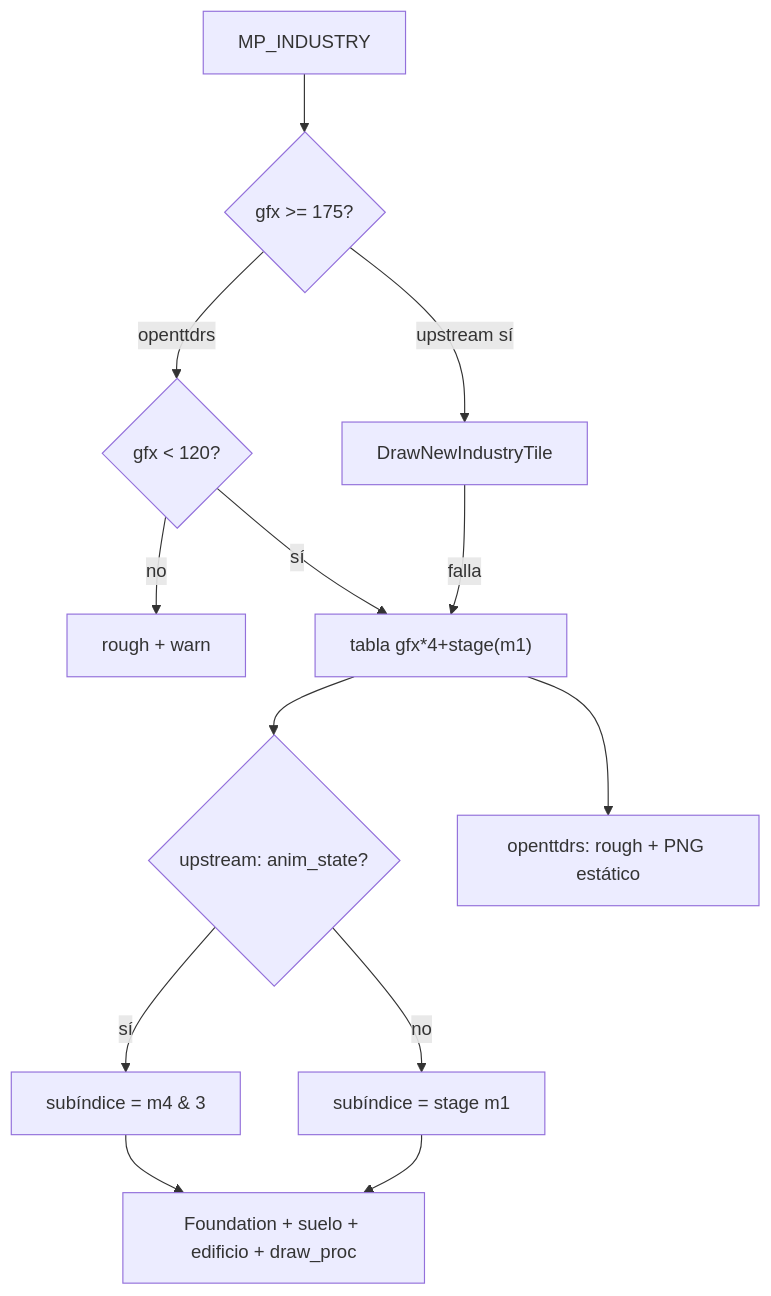
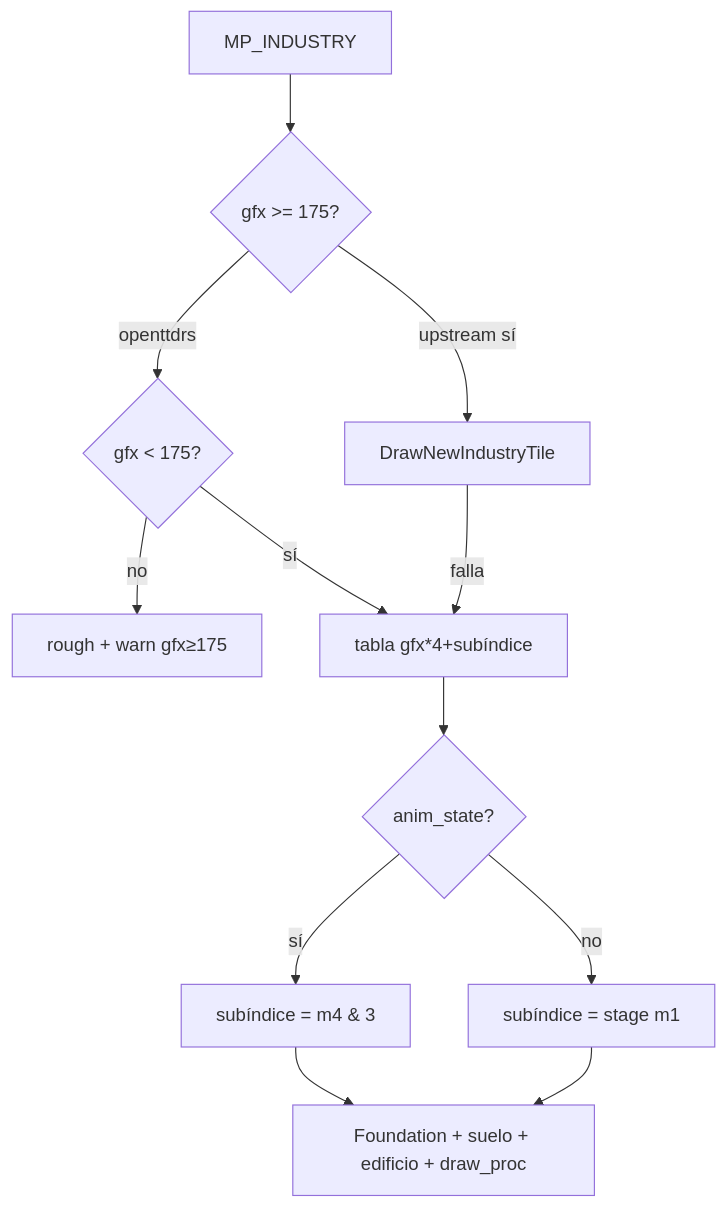
The diagram in docs/ROADMAP_INDUSTRIAS_PARIDAD.md (cavazquez/openttdrs), drawn with Mermaid before and after one commit. The commit also changed other lines of this file and 8 other files, not shown here.

````diff
--- a/docs/ROADMAP_INDUSTRIAS_PARIDAD.md
+++ b/docs/ROADMAP_INDUSTRIAS_PARIDAD.md
@@ -76,15 +77,14 @@
 ```mermaid
 flowchart TD
   A[MP_INDUSTRY] --> B{gfx >= 175?}
   B -->|upstream sí| C[DrawNewIndustryTile]
-  B -->|openttdrs| D{gfx < 120?}
-  D -->|no| E[rough + warn]
-  D -->|sí| F["tabla gfx*4+stage(m1)"]
+  B -->|openttdrs| D{gfx < 175?}
+  D -->|no| E[rough + warn gfx≥175]
+  D -->|sí| F["tabla gfx*4+subíndice"]
   C -->|falla| F
-  F --> G{upstream: anim_state?}
+  F --> G{anim_state?}
   G -->|sí| H["subíndice = m4 & 3"]
   G -->|no| I["subíndice = stage m1"]
   H --> J[Foundation + suelo + edificio + draw_proc]
   I --> J
-  F --> K["openttdrs: rough + PNG estático"]
 ```
````
